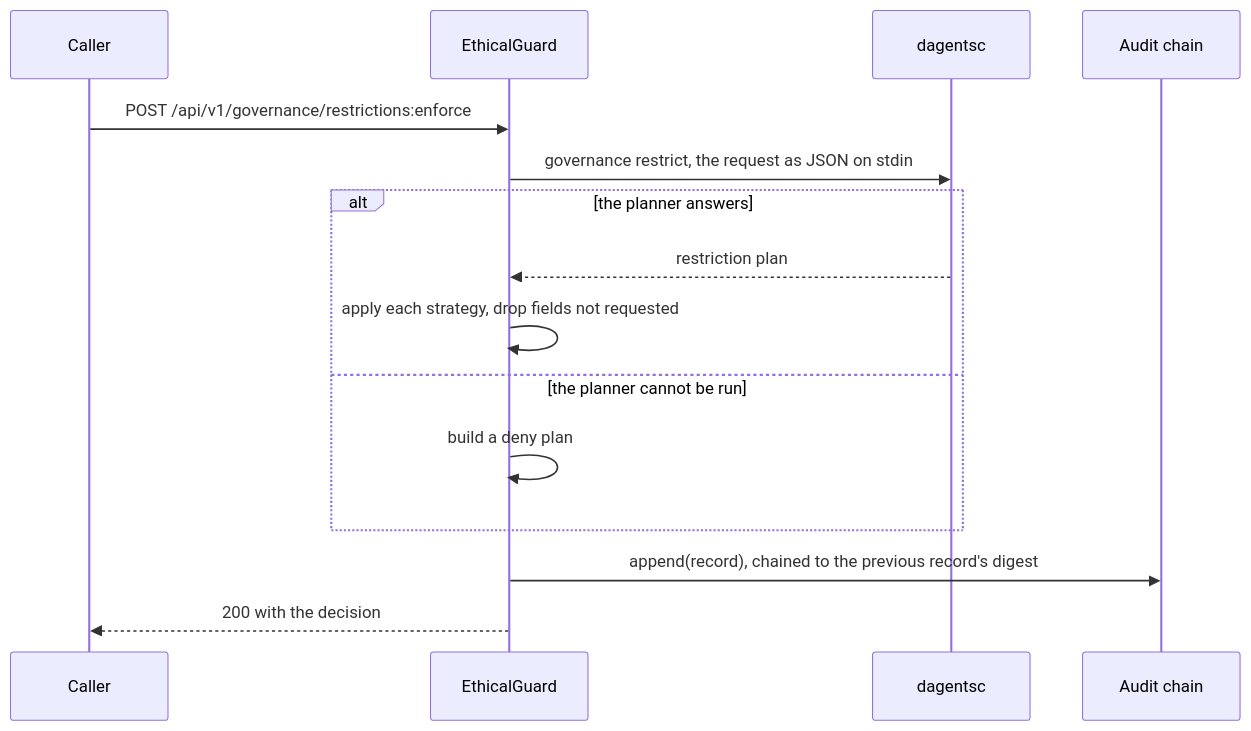
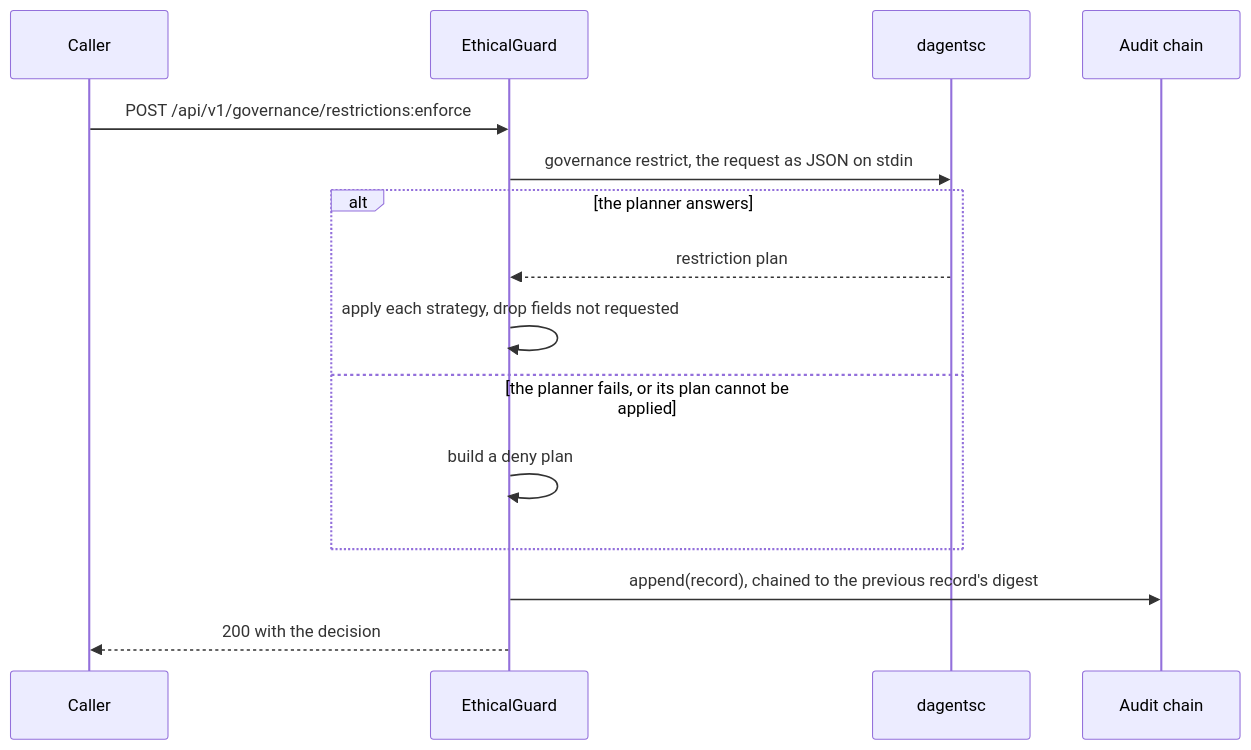
The fifth of 12 diagrams in docs/reference/api/agents.md (pradyunuydarp/Dagents), drawn with Mermaid before and after one commit. The commit also changed other lines of this file and 44 other files, not shown here.

````diff
--- a/docs/reference/api/agents.md
+++ b/docs/reference/api/agents.md
@@ -805,17 +810,17 @@
 ```mermaid
 sequenceDiagram
     participant Caller
     participant Guard as EthicalGuard
     participant Planner as dagentsc
     participant Audit as Audit chain
     Caller->>Guard: POST /api/v1/governance/restrictions:enforce
     Guard->>Planner: governance restrict, the request as JSON on stdin
     alt the planner answers
         Planner-->>Guard: restriction plan
         Guard->>Guard: apply each strategy, drop fields not requested
-    else the planner cannot be run
+    else the planner fails, or its plan cannot be applied
         Guard->>Guard: build a deny plan
     end
     Guard->>Audit: append(record), chained to the previous record's digest
     Guard-->>Caller: 200 with the decision
 ```
````
